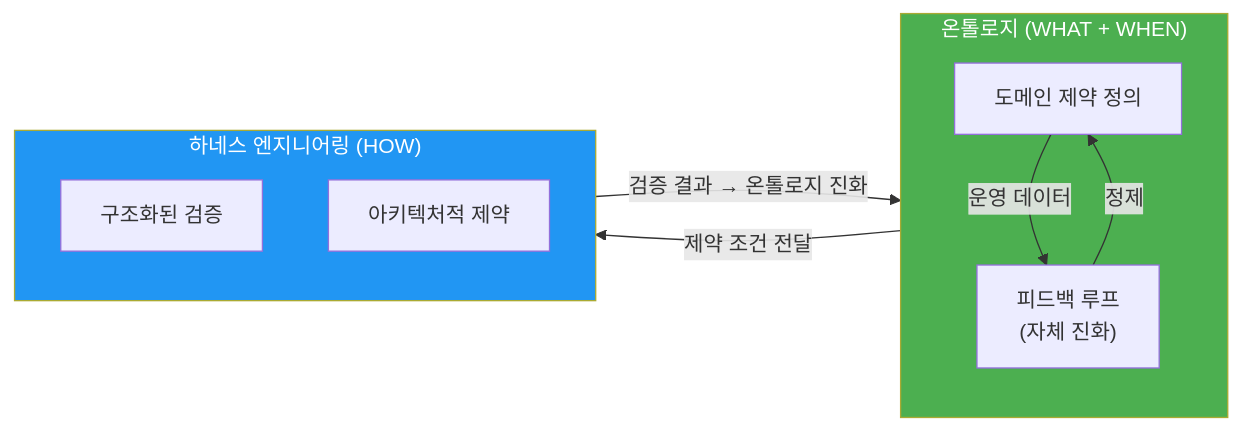
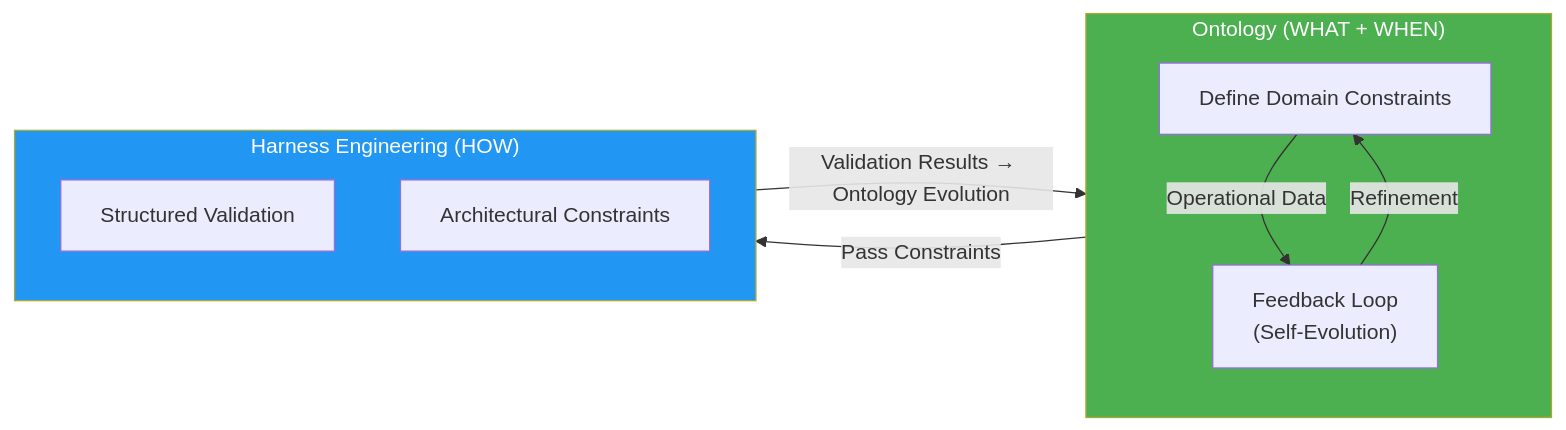
The second of 2 diagrams in docs/aidlc/methodology/principles-and-model.md (devfloor9/engineering-playbook), drawn with Mermaid before and after one commit. The commit also changed other lines of this file and 954 other files, not shown here.

````diff
--- a/docs/aidlc/methodology/principles-and-model.md
+++ b/docs/aidlc/methodology/principles-and-model.md
@@ -448,20 +411,20 @@
 ```mermaid
 graph LR
-    subgraph Ontology["온톨로지 (WHAT + WHEN)"]
-        DEF["도메인 제약 정의"]
-        FB["피드백 루프<br/>(자체 진화)"]
-        DEF -->|"운영 데이터"| FB
-        FB -->|"정제"| DEF
+    subgraph Ontology["Ontology (WHAT + WHEN)"]
+        DEF["Define Domain Constraints"]
+        FB["Feedback Loop<br/>(Self-Evolution)"]
+        DEF -->|"Operational Data"| FB
+        FB -->|"Refinement"| DEF
     end
 
-    subgraph Harness["하네스 엔지니어링 (HOW)"]
-        VAL["구조화된 검증"]
-        ARCH["아키텍처적 제약"]
+    subgraph Harness["Harness Engineering (HOW)"]
+        VAL["Structured Validation"]
+        ARCH["Architectural Constraints"]
     end
 
-    Ontology -->|"제약 조건 전달"| Harness
-    Harness -->|"검증 결과 → 온톨로지 진화"| Ontology
+    Ontology -->|"Pass Constraints"| Harness
+    Harness -->|"Validation Results → Ontology Evolution"| Ontology
 
     style Ontology fill:#4caf50,color:#fff
     style Harness fill:#2196f3,color:#fff
 ```
````
